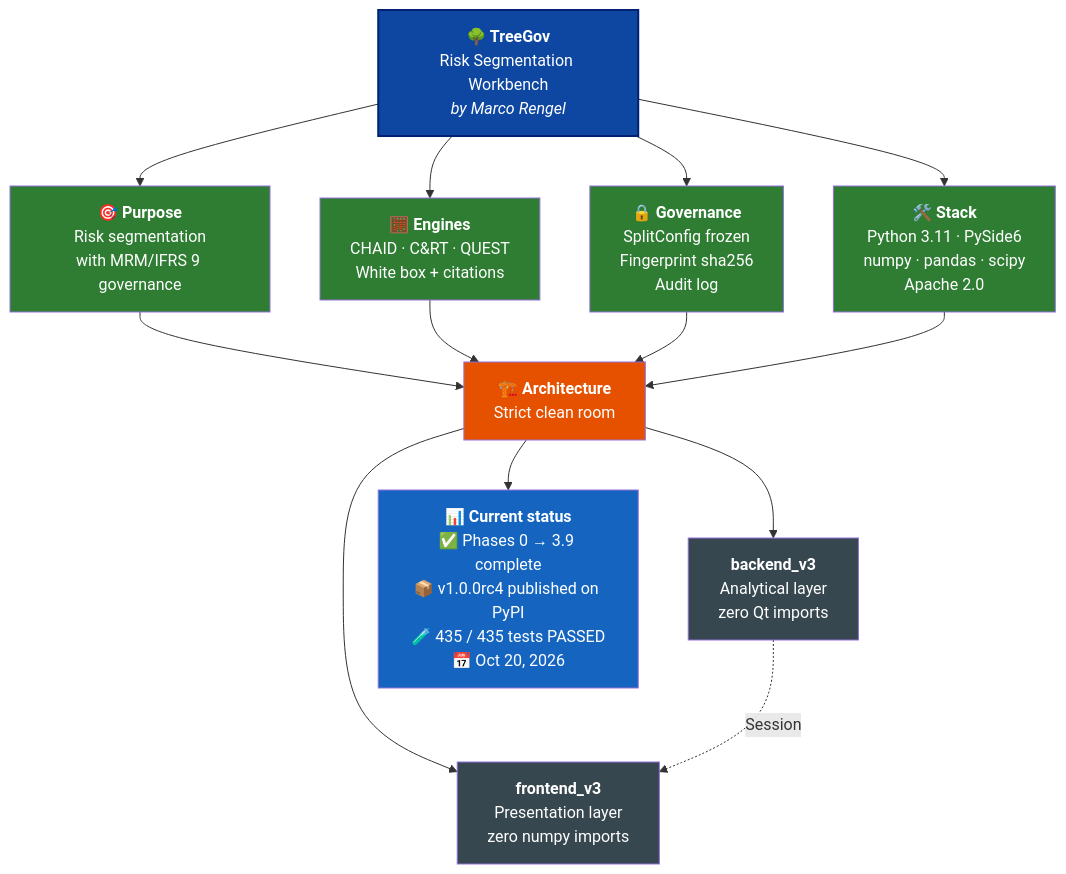
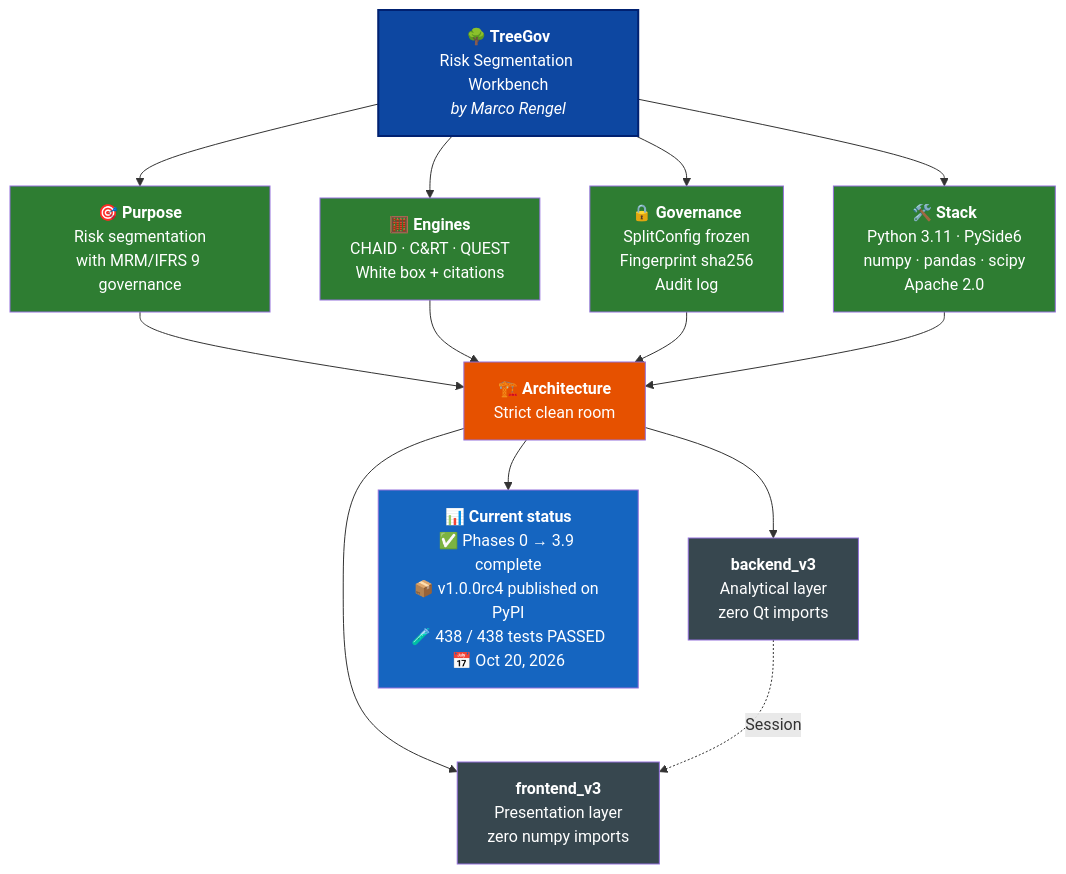
One commit to Marco-Rengel/treegov changed the diagram in README.md. Above: the diagram before and after it, drawn with Mermaid. The commit also changed other lines of this file and 5 other files, not shown here.

````diff
--- a/README.md
+++ b/README.md
@@ -36,31 +36,31 @@
 ```mermaid
 flowchart TB
     TG["<b>🌳 TreeGov</b><br/>Risk Segmentation Workbench<br/><i>by Marco Rengel</i>"]
 
     TG --> P["<b>🎯 Purpose</b><br/>Risk segmentation<br/>with MRM/IFRS 9 governance"]
     TG --> M["<b>🧮 Engines</b><br/>CHAID · C&RT · QUEST<br/>White box + citations"]
     TG --> G["<b>🔒 Governance</b><br/>SplitConfig frozen<br/>Fingerprint sha256<br/>Audit log"]
     TG --> S["<b>🛠️ Stack</b><br/>Python 3.11 · PySide6<br/>numpy · pandas · scipy<br/>Apache 2.0"]
 
     P --> ARQ["<b>🏗️ Architecture</b><br/>Strict clean room"]
     M --> ARQ
     G --> ARQ
     S --> ARQ
 
     ARQ --> BE["<b>backend_v3</b><br/>Analytical layer<br/>zero Qt imports"]
     ARQ --> FE["<b>frontend_v3</b><br/>Presentation layer<br/>zero numpy imports"]
 
     BE -.->|Session| FE
 
-    ARQ --> ST["<b>📊 Current status</b><br/>✅ Phases 0 → 3.9 complete<br/>📦 v1.0.0rc4 published on PyPI<br/>🧪 435 / 435 tests PASSED<br/>📅 Oct 20, 2026"]
+    ARQ --> ST["<b>📊 Current status</b><br/>✅ Phases 0 → 3.9 complete<br/>📦 v1.0.0rc4 published on PyPI<br/>🧪 438 / 438 tests PASSED<br/>📅 Oct 20, 2026"]
 
     style TG fill:#0D47A1,color:#fff,stroke:#002171,stroke-width:2px
     style P fill:#2E7D32,color:#fff
     style M fill:#2E7D32,color:#fff
     style G fill:#2E7D32,color:#fff
     style S fill:#2E7D32,color:#fff
     style ARQ fill:#E65100,color:#fff
     style BE fill:#37474F,color:#fff
     style FE fill:#37474F,color:#fff
     style ST fill:#1565C0,color:#fff
 ```
````
